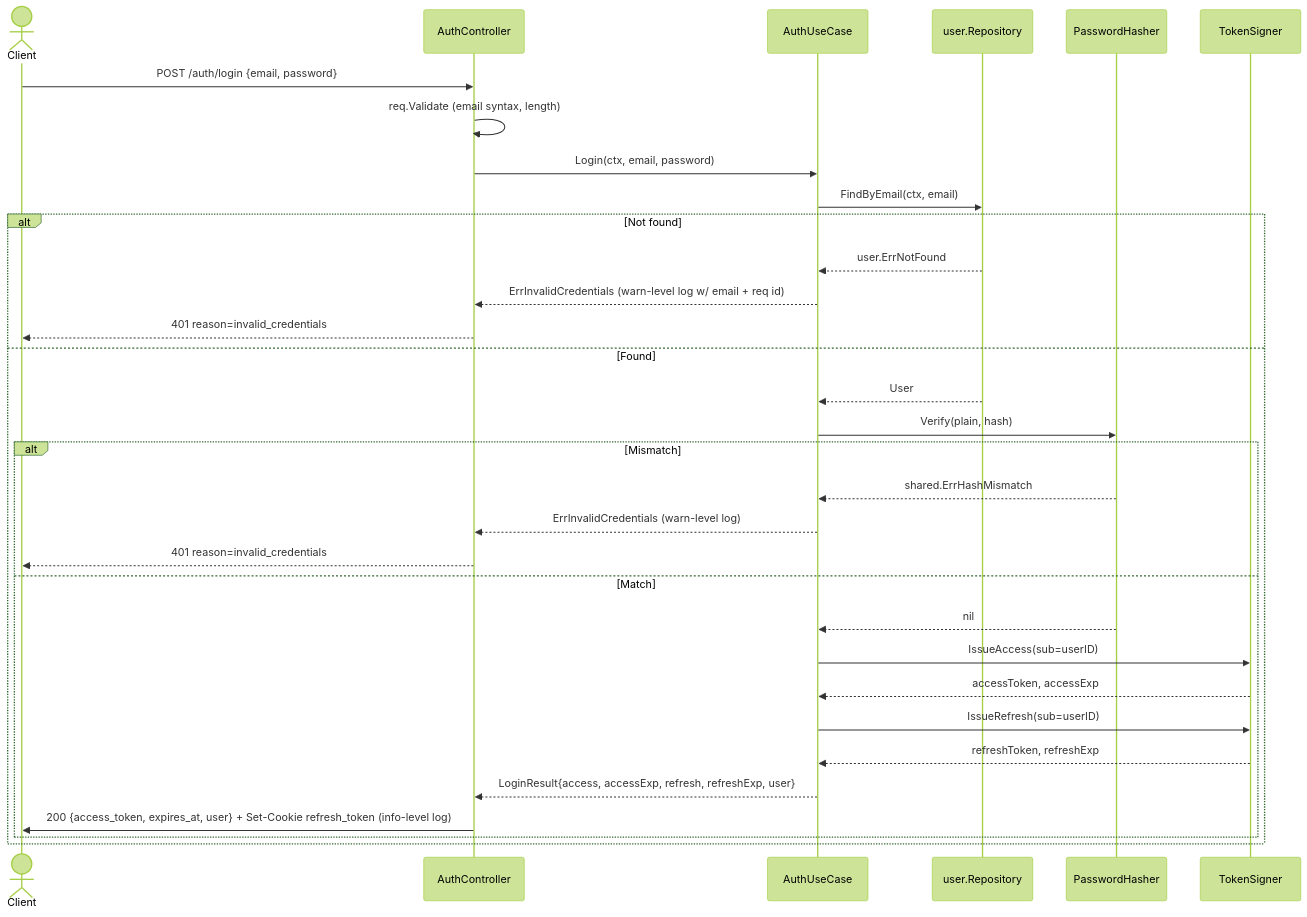
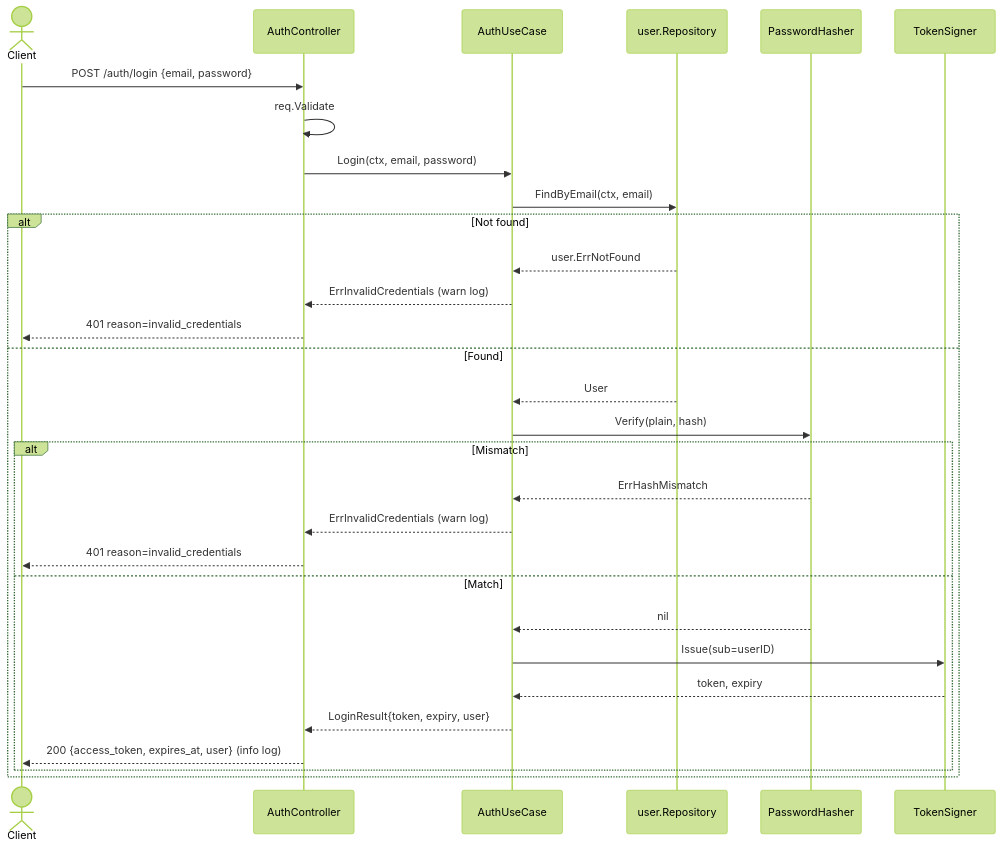
One commit to yoavweber/research-monitor changed the second of 4 diagrams in .kiro/specs/user-auth/design.md. Above: the diagram before and after it, drawn with Mermaid (forest theme). The commit also changed other lines of this file and 7 other files, not shown here.

````diff
--- a/.kiro/specs/user-auth/design.md
+++ b/.kiro/specs/user-auth/design.md
@@ -233,35 +219,33 @@
 ```mermaid
 sequenceDiagram
     actor Client
     participant Ctrl as AuthController
     participant UC as AuthUseCase
     participant Repo as user.Repository
     participant Hasher as PasswordHasher
     participant Signer as TokenSigner
 
     Client->>Ctrl: POST /auth/login {email, password}
-    Ctrl->>Ctrl: req.Validate (email syntax, length)
+    Ctrl->>Ctrl: req.Validate
     Ctrl->>UC: Login(ctx, email, password)
     UC->>Repo: FindByEmail(ctx, email)
     alt Not found
         Repo-->>UC: user.ErrNotFound
-        UC-->>Ctrl: ErrInvalidCredentials (warn-level log w/ email + req id)
+        UC-->>Ctrl: ErrInvalidCredentials (warn log)
         Ctrl-->>Client: 401 reason=invalid_credentials
     else Found
         Repo-->>UC: User
         UC->>Hasher: Verify(plain, hash)
         alt Mismatch
-            Hasher-->>UC: shared.ErrHashMismatch
-            UC-->>Ctrl: ErrInvalidCredentials (warn-level log)
+            Hasher-->>UC: ErrHashMismatch
+            UC-->>Ctrl: ErrInvalidCredentials (warn log)
             Ctrl-->>Client: 401 reason=invalid_credentials
         else Match
             Hasher-->>UC: nil
-            UC->>Signer: IssueAccess(sub=userID)
-            Signer-->>UC: accessToken, accessExp
-            UC->>Signer: IssueRefresh(sub=userID)
-            Signer-->>UC: refreshToken, refreshExp
-            UC-->>Ctrl: LoginResult{access, accessExp, refresh, refreshExp, user}
-            Ctrl->>Client: 200 {access_token, expires_at, user} + Set-Cookie refresh_token (info-level log)
+            UC->>Signer: Issue(sub=userID)
+            Signer-->>UC: token, expiry
+            UC-->>Ctrl: LoginResult{token, expiry, user}
+            Ctrl-->>Client: 200 {access_token, expires_at, user} (info log)
         end
     end
 ```
````
